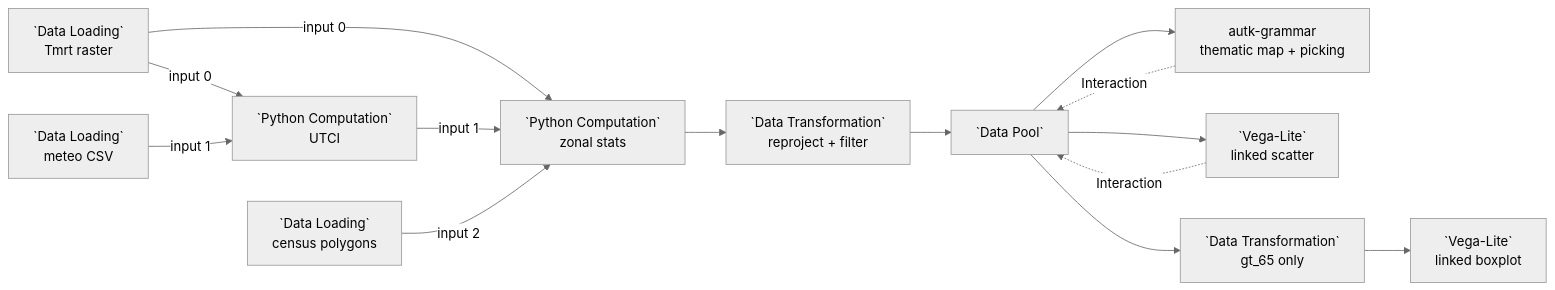
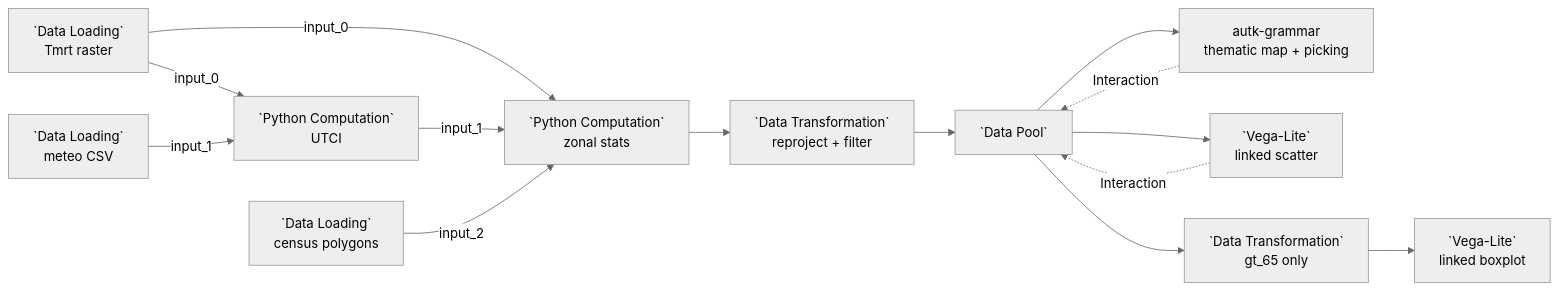
The diagram in docs/examples/09-heterogeneous-data-linked-views.md (urban-toolkit/curio), drawn with Mermaid (neutral theme) before and after one commit. The commit also changed 146 other files, not shown here.

````diff
--- a/docs/examples/09-heterogeneous-data-linked-views.md
+++ b/docs/examples/09-heterogeneous-data-linked-views.md
@@ -15,23 +15,23 @@
 ```mermaid
 flowchart LR
   R[`Data Loading`<br/>Tmrt raster]
   W[`Data Loading`<br/>meteo CSV]
   S[`Data Loading`<br/>census polygons]
 
-  R -->|input 0| U[`Python Computation`<br/>UTCI]
-  W -->|input 1| U
+  R -->|input_0| U[`Python Computation`<br/>UTCI]
+  W -->|input_1| U
 
-  R -->|input 0| Z[`Python Computation`<br/>zonal stats]
-  U -->|input 1| Z
-  S -->|input 2| Z
+  R -->|input_0| Z[`Python Computation`<br/>zonal stats]
+  U -->|input_1| Z
+  S -->|input_2| Z
   Z --> T[`Data Transformation`<br/>reproject + filter] --> P[`Data Pool`]
 
   P --> M[autk-grammar<br/>thematic map + picking]
   P --> SC[`Vega-Lite`<br/>linked scatter]
   P --> BX[`Data Transformation`<br/>gt_65 only] --> BV[`Vega-Lite`<br/>linked boxplot]
 
   %% Brushing is routed back through the Data Pool, which re-fans the selection
   %% to every downstream view - the views are not wired to each other.
   M  -. Interaction .-> P
   SC -. Interaction .-> P
 ```
````
